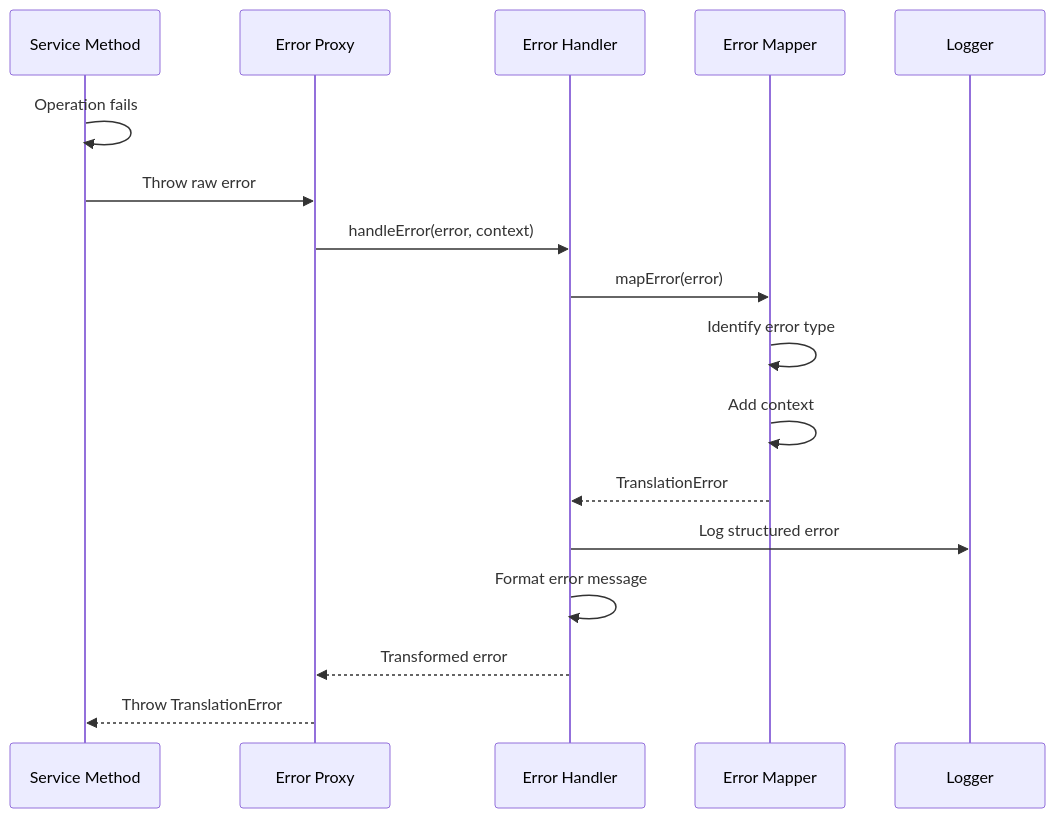
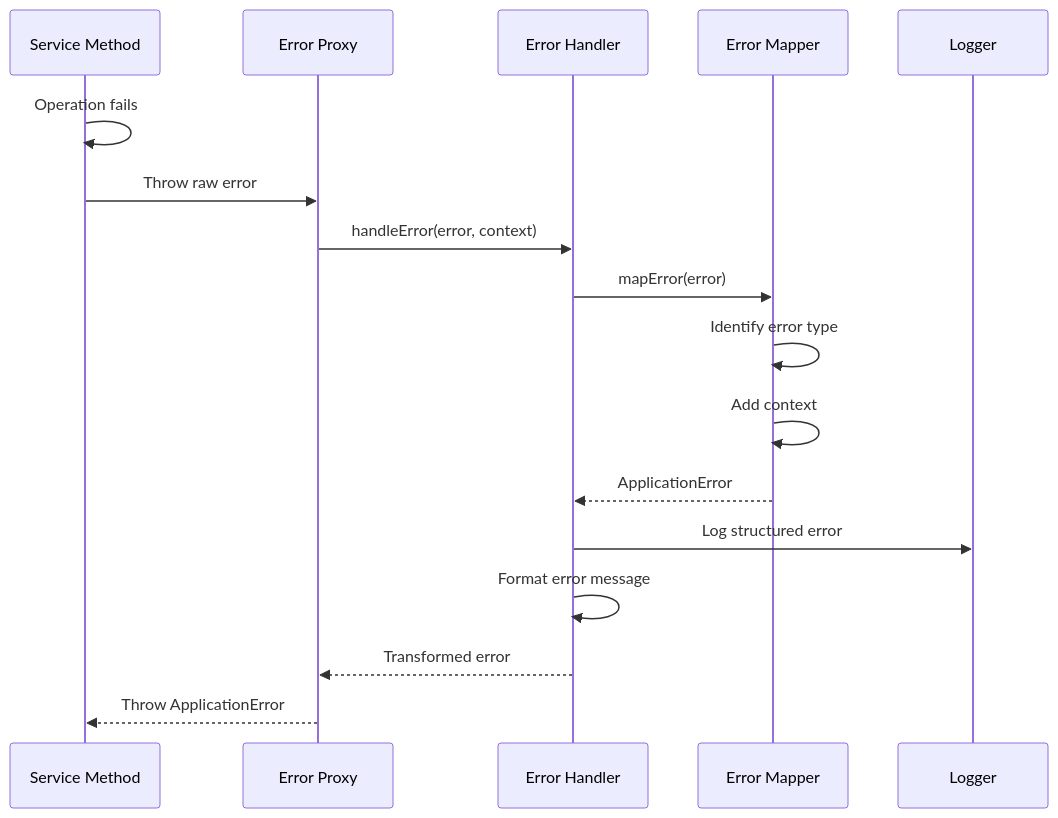
One commit to NivaldoFarias/translate-react changed the seventh of 9 diagrams in docs/ARCHITECTURE.md. Above: the diagram before and after it, drawn with Mermaid. The commit also changed other lines of this file and 16 other files, not shown here.

````diff
--- a/docs/ARCHITECTURE.md
+++ b/docs/ARCHITECTURE.md
@@ -499,20 +499,20 @@
 ```mermaid
 sequenceDiagram
     participant S as Service Method
     participant P as Error Proxy
     participant H as Error Handler
     participant M as Error Mapper
     participant L as Logger
 
     S->>S: Operation fails
     S->>P: Throw raw error
     P->>H: handleError(error, context)
     H->>M: mapError(error)
     M->>M: Identify error type
     M->>M: Add context
-    M-->>H: TranslationError
+    M-->>H: ApplicationError
     H->>L: Log structured error
     H->>H: Format error message
     H-->>P: Transformed error
-    P-->>S: Throw TranslationError
+    P-->>S: Throw ApplicationError
 ```
````
